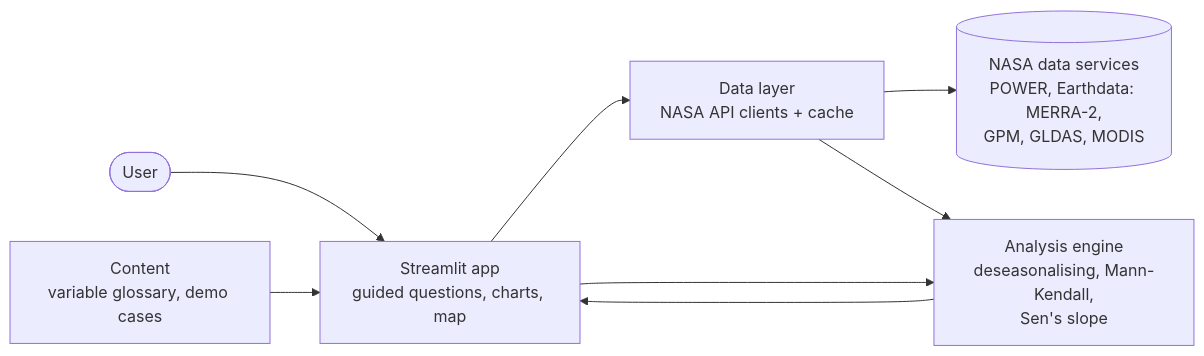
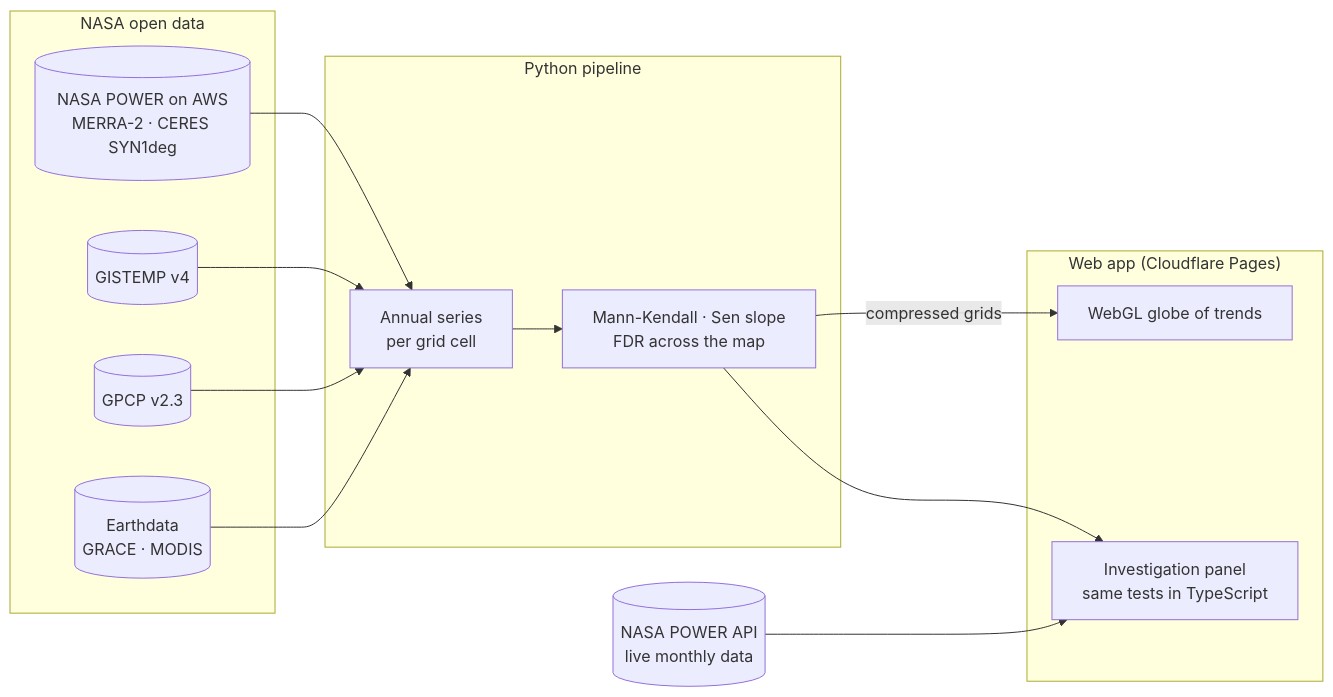
One commit to abuhuraira99/trendscope-nasa-space-apps-2026 changed the diagram in README.md. Above: the diagram before and after it, drawn with Mermaid. The commit also changed other lines of this file and 11 other files, not shown here.

First line of the commit message:
docs: rewrite README; ci: test and build the web app; fix live data request

````diff
--- a/README.md
+++ b/README.md
@@ -49,10 +68,23 @@
 ```mermaid
 flowchart LR
-    U([User]) --> UI[Streamlit app<br/>guided questions, charts, map]
-    UI --> D[Data layer<br/>NASA API clients + cache]
-    D --> N[(NASA data services<br/>POWER, Earthdata: MERRA-2,<br/>GPM, GLDAS, MODIS)]
-    UI --> A[Analysis engine<br/>deseasonalising, Mann-Kendall,<br/>Sen's slope]
-    D --> A
-    A --> UI
-    C[Content<br/>variable glossary, demo cases] --> UI
+    subgraph NASA["NASA open data"]
+        P[(NASA POWER on AWS<br/>MERRA-2 · CERES SYN1deg)]
+        G[(GISTEMP v4)]
+        R[(GPCP v2.3)]
+        E[(Earthdata<br/>GRACE · MODIS)]
+    end
+    subgraph Pipeline["Python pipeline"]
+        A[Annual series<br/>per grid cell] --> T[Mann-Kendall · Sen slope<br/>FDR across the map]
+    end
+    subgraph Web["Web app (Cloudflare Pages)"]
+        M[WebGL globe of trends]
+        I[Investigation panel<br/>same tests in TypeScript]
+    end
+    P --> A
+    G --> A
+    R --> A
+    E --> A
+    T -->|compressed grids| M
+    T --> I
+    L[(NASA POWER API<br/>live monthly data)] --> I
 ```
````
